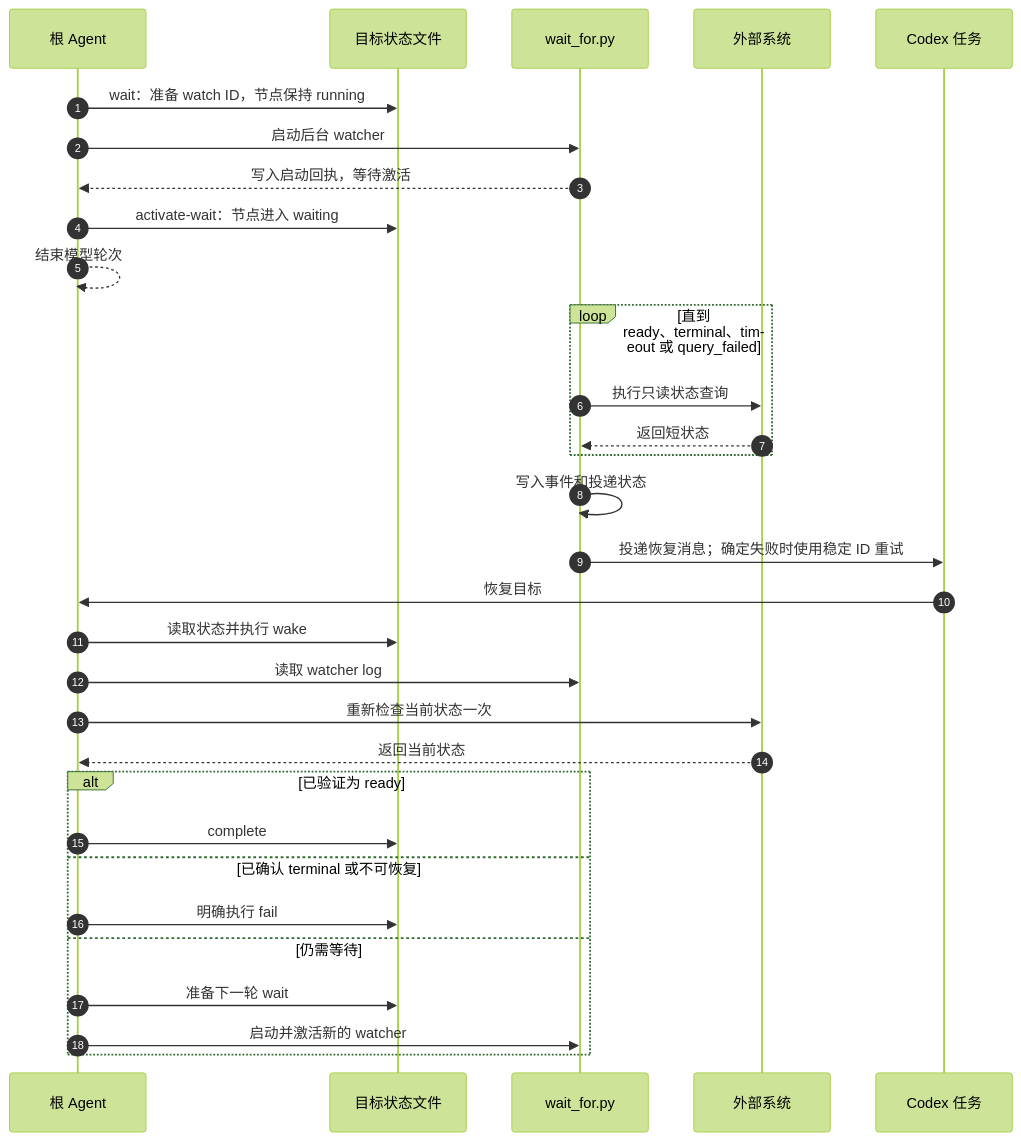
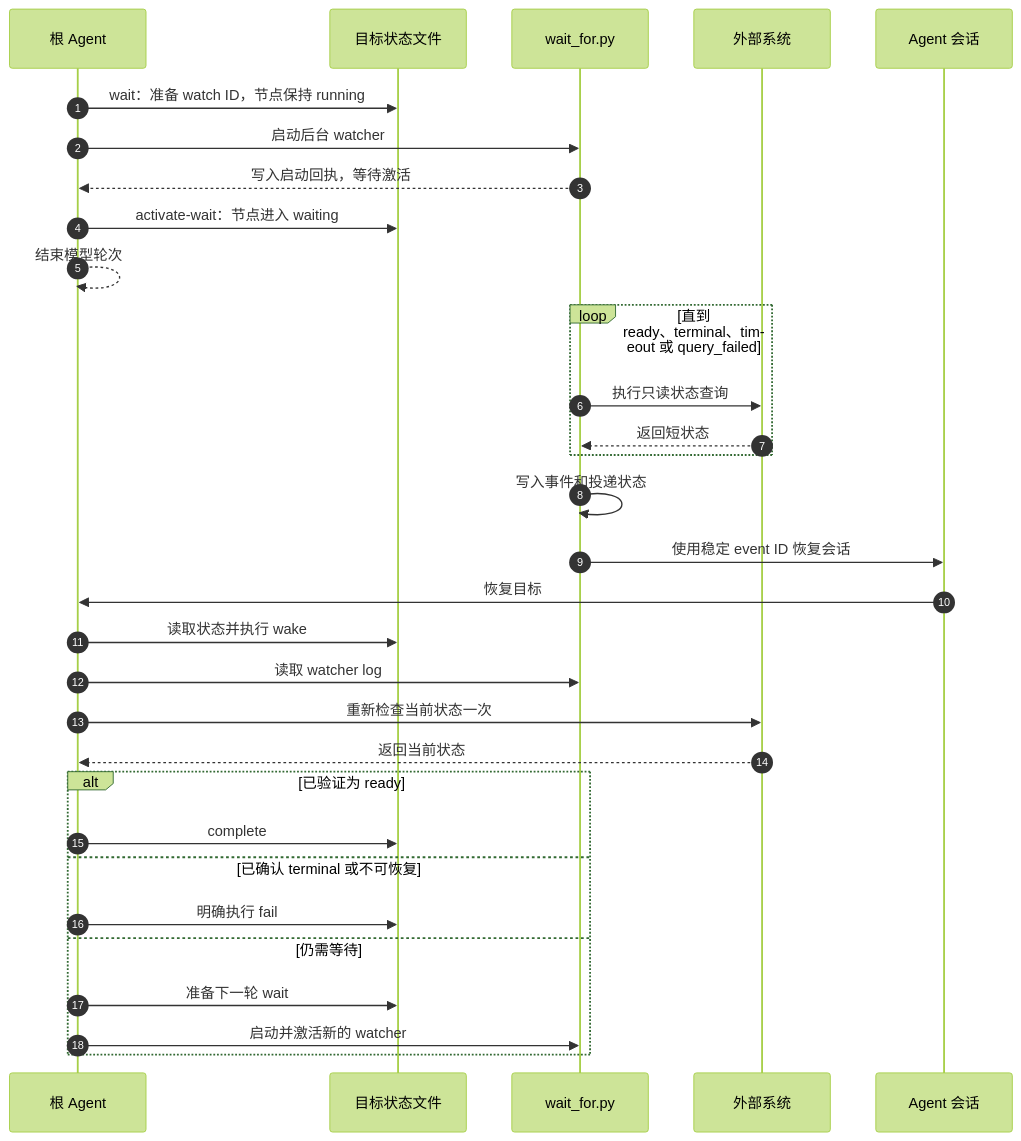
One commit to wenxueru/wait-skill changed the second of 2 diagrams in docs/wait.zh-CN.md. Above: the diagram before and after it, drawn with Mermaid (forest theme). The commit also changed other lines of this file and 27 other files, not shown here.

````diff
--- a/docs/wait.zh-CN.md
+++ b/docs/wait.zh-CN.md
@@ -142,37 +148,37 @@
 ```mermaid
 sequenceDiagram
     autonumber
     participant A as 根 Agent
     participant G as 目标状态文件
     participant W as wait_for.py
     participant E as 外部系统
-    participant C as Codex 任务
+    participant C as Agent 会话
 
     A->>G: wait：准备 watch ID，节点保持 running
     A->>W: 启动后台 watcher
     W-->>A: 写入启动回执，等待激活
     A->>G: activate-wait：节点进入 waiting
     A-->>A: 结束模型轮次
 
     loop 直到 ready、terminal、timeout 或 query_failed
         W->>E: 执行只读状态查询
         E-->>W: 返回短状态
     end
 
     W->>W: 写入事件和投递状态
-    W->>C: 投递恢复消息；确定失败时使用稳定 ID 重试
+    W->>C: 使用稳定 event ID 恢复会话
     C->>A: 恢复目标
     A->>G: 读取状态并执行 wake
     A->>W: 读取 watcher log
     A->>E: 重新检查当前状态一次
     E-->>A: 返回当前状态
 
     alt 已验证为 ready
         A->>G: complete
     else 已确认 terminal 或不可恢复
         A->>G: 明确执行 fail
     else 仍需等待
         A->>G: 准备下一轮 wait
         A->>W: 启动并激活新的 watcher
     end
 ```
````
